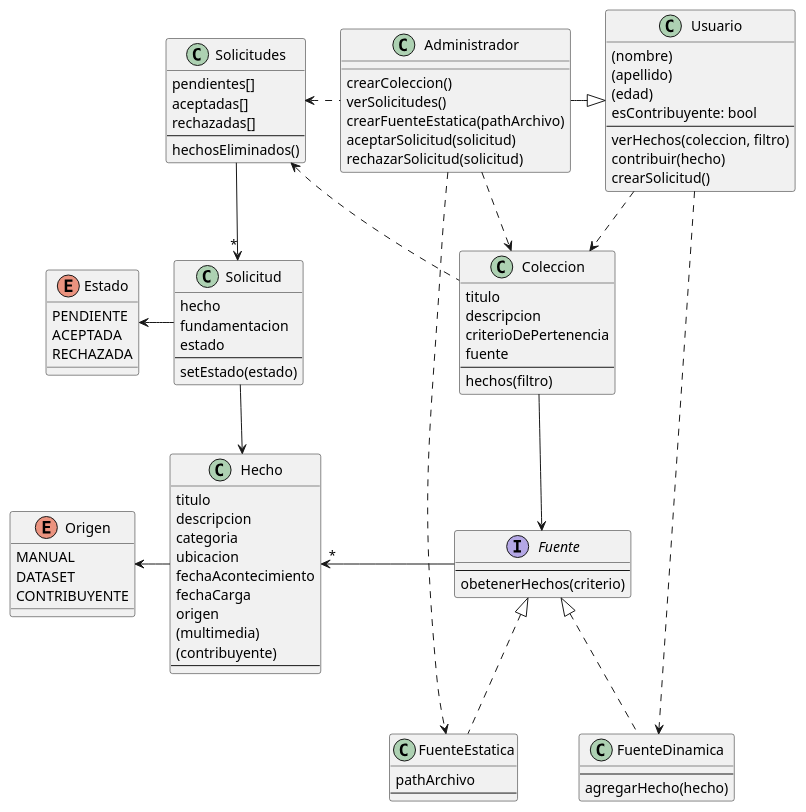
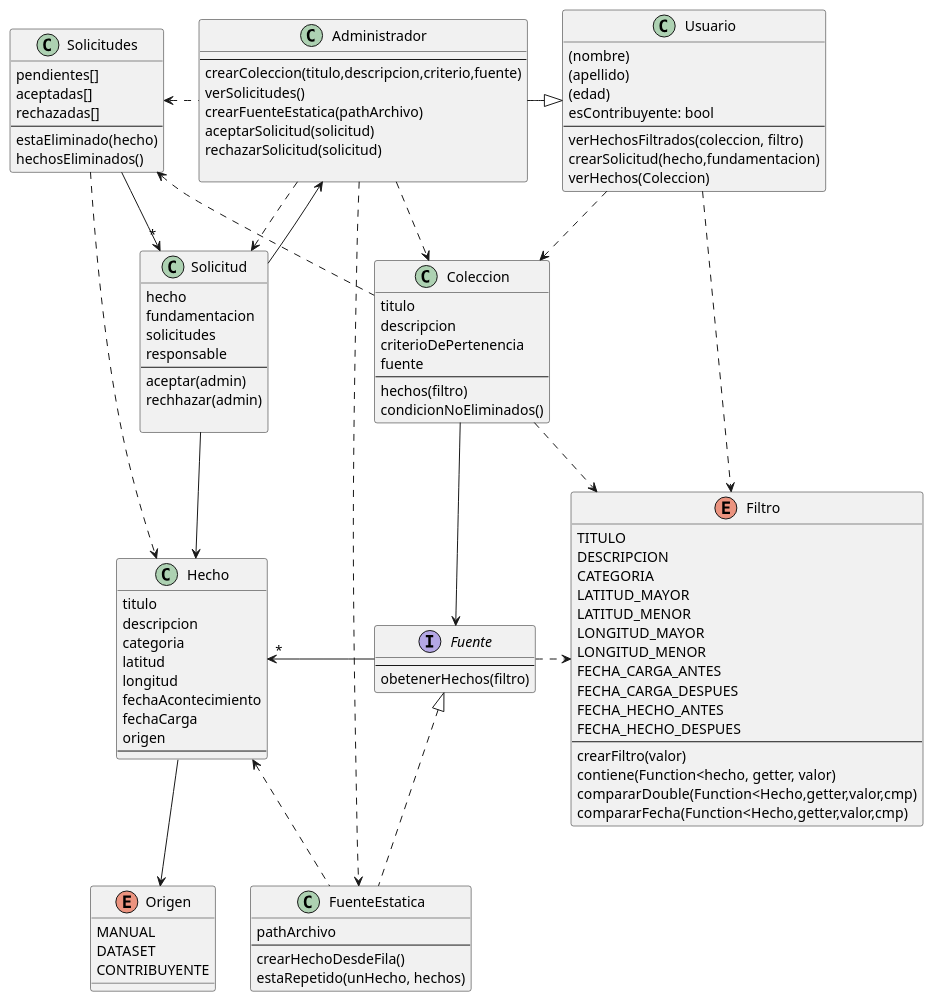
The diagram in diagramas/diagrama-clases.puml (lrizzitano/Metamapa), drawn with PlantUML before and after one commit. The commit also changed 6 other files, not shown here.

Commit message:
Agrego todos los Test | Acomodo Diagrama de Clases

```diff
--- a/diagramas/diagrama-clases.puml
+++ b/diagramas/diagrama-clases.puml
@@ -1,125 +1,146 @@
 @startuml MetaMapa
 
 class Usuario {
     (nombre)
     (apellido)
     (edad)
     esContribuyente: bool
     --
-    verHechos(coleccion, filtro)
-    contribuir(hecho)
-    crearSolicitud()
+    verHechosFiltrados(coleccion, filtro)
+    crearSolicitud(hecho,fundamentacion)
+    verHechos(Coleccion)
 }
 
 class Administrador {
-    crearColeccion()
+--
+    crearColeccion(titulo,descripcion,criterio,fuente)
     verSolicitudes()
     crearFuenteEstatica(pathArchivo)
     aceptarSolicitud(solicitud)
     rechazarSolicitud(solicitud)
 
 }
 
 class Solicitud {
     hecho
     fundamentacion
-    estado
+    solicitudes
+    responsable
     --
-    setEstado(estado)
+    aceptar(admin)
+    rechhazar(admin)
+
 }
 
 class Solicitudes{
     pendientes[]
     aceptadas[]
     rechazadas[]
     --
+    estaEliminado(hecho)
     hechosEliminados()
 }
 
 class Coleccion {
     titulo
     descripcion
     criterioDePertenencia
     fuente
     --
     hechos(filtro)
+    condicionNoEliminados()
 }
 
 interface Fuente {
     --
-    obetenerHechos(criterio)
+    obetenerHechos(filtro)
 }
 
 class FuenteEstatica {
     pathArchivo
     --
-}
-
-class FuenteDinamica {
-    --
-    agregarHecho(hecho)
+    crearHechoDesdeFila()
+    estaRepetido(unHecho, hechos)
 }
 
 class Hecho {
     titulo
     descripcion
     categoria
-    ubicacion
+    latitud
+    longitud
     fechaAcontecimiento
     fechaCarga
     origen
-    (multimedia)
-    (contribuyente)
     --
-}
-
-enum Estado {
-    PENDIENTE
-    ACEPTADA
-    RECHAZADA
 }
 
 enum Origen {
     MANUAL
     DATASET
     CONTRIBUYENTE
 }
 
+enum Filtro {
+  TITULO
+  DESCRIPCION
+  CATEGORIA
+  LATITUD_MAYOR
+  LATITUD_MENOR
+  LONGITUD_MAYOR
+  LONGITUD_MENOR
+  FECHA_CARGA_ANTES
+  FECHA_CARGA_DESPUES
+  FECHA_HECHO_ANTES
+  FECHA_HECHO_DESPUES
+  --
+  crearFiltro(valor)
+  contiene(Function<hecho, getter, valor)
+  compararDouble(Function<Hecho,getter,valor,cmp)
+  compararFecha(Function<Hecho,getter,valor,cmp)
+}
 
 Administrador -r-|> Usuario
 
 Administrador ..> Coleccion
 Administrador .l.> Solicitudes
 Administrador ..> FuenteEstatica
+Administrador ..>Solicitud
 
-Usuario ..> FuenteDinamica
 Usuario ..> Coleccion
+Usuario ..>Filtro
 
 
 Coleccion --> Fuente
 Coleccion .l.> Solicitudes
+Coleccion .r.> Filtro
 
 Fuente -l-> "*" Hecho
+Fuente .r.>Filtro
 
 FuenteEstatica .u.|> Fuente
-FuenteDinamica .u.|> Fuente
+FuenteEstatica .u.> Hecho
 
-Hecho -l-> Origen
 
-Solicitud -l-> Estado
+Hecho --> Origen
+
 Solicitud --> Hecho
+Solicitud -u-> Administrador
 
 Solicitudes -->"*" Solicitud
+Solicitudes ..> Hecho
+
+
 
 ' TODO Preguntas:
 
 '   Implementacion de las etiquetas
 
 '   Una coleccion puede tener mas de una fuente?
 
 '   Las fuentes van a buscar los datos cada vez que se les hace una consulta
 '   o guardan los datos de manera local?
 
 '   Tiene sentido inlucluir clases en el diagrama que no se van a aplicar en esta entrega?
 
 @enduml
```
